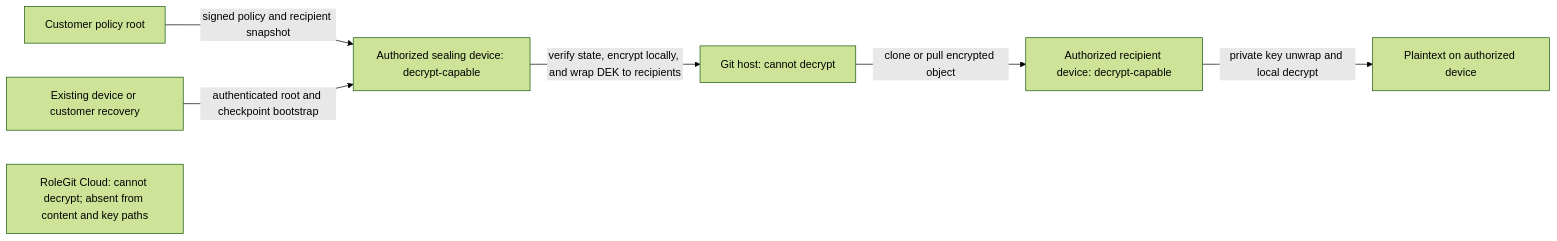
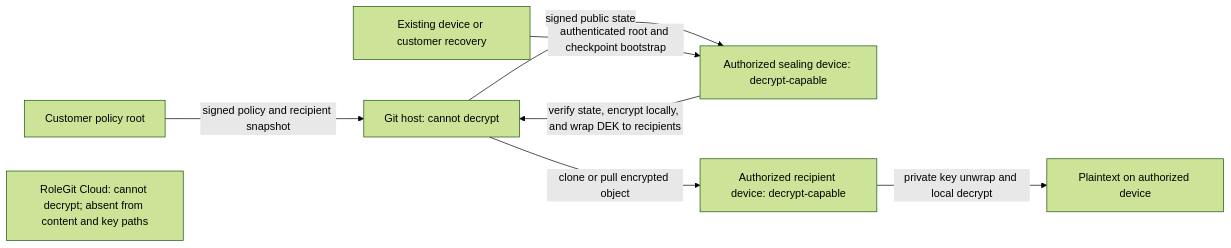
One commit to cosentinode/rolegit changed the first of 6 diagrams in docs/adr/0001-product-modes-and-trust-boundaries.md. Above: the diagram before and after it, drawn with Mermaid (forest theme). The commit also changed other lines of this file and 4 other files, not shown here.

````diff
--- a/docs/adr/0001-product-modes-and-trust-boundaries.md
+++ b/docs/adr/0001-product-modes-and-trust-boundaries.md
@@ -78,9 +85,10 @@
 ```mermaid
 flowchart LR
-    R[Customer policy root] -->|signed policy and recipient snapshot| A[Authorized sealing device: decrypt-capable]
+    R[Customer policy root] -->|signed policy and recipient snapshot| G[Git host: cannot decrypt]
+    G -->|signed public state| A[Authorized sealing device: decrypt-capable]
     O[Existing device or customer recovery] -->|authenticated root and checkpoint bootstrap| A
-    A -->|verify state, encrypt locally, and wrap DEK to recipients| G[Git host: cannot decrypt]
+    A -->|verify state, encrypt locally, and wrap DEK to recipients| G
     G -->|clone or pull encrypted object| B[Authorized recipient device: decrypt-capable]
     B -->|private key unwrap and local decrypt| P[Plaintext on authorized device]
     C[RoleGit Cloud: cannot decrypt; absent from content and key paths]
 ```
````
